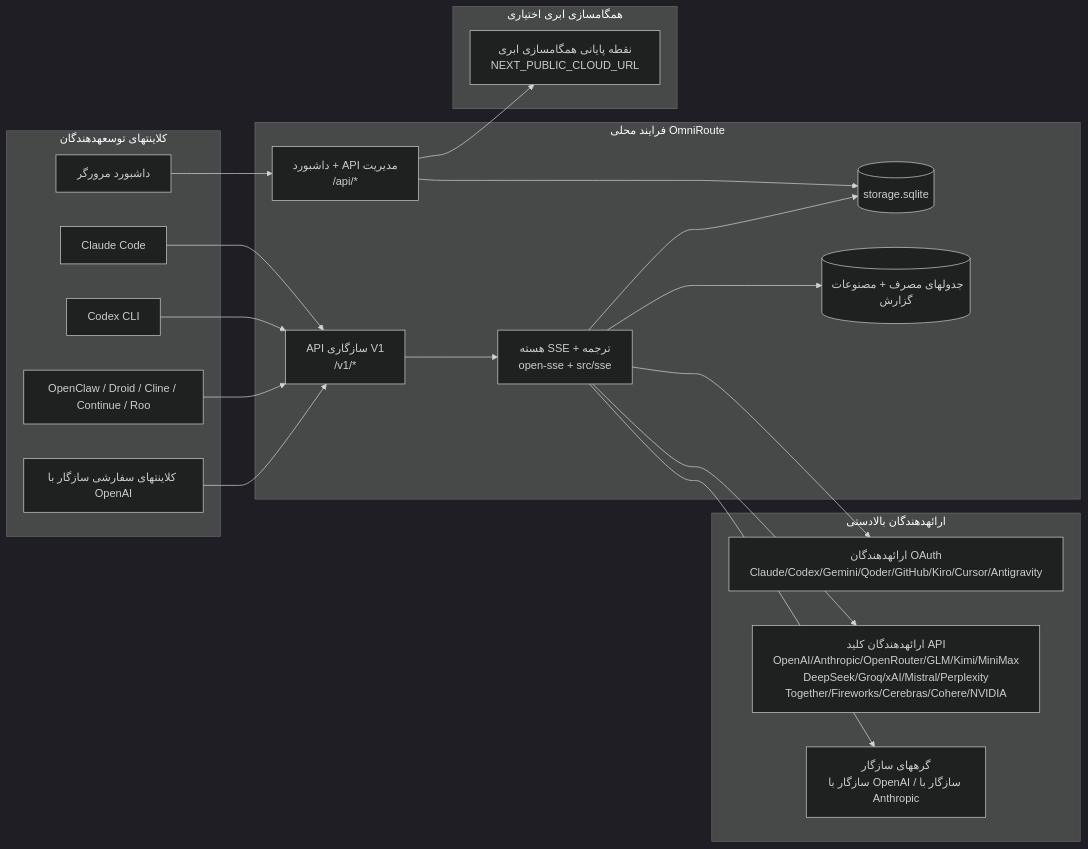
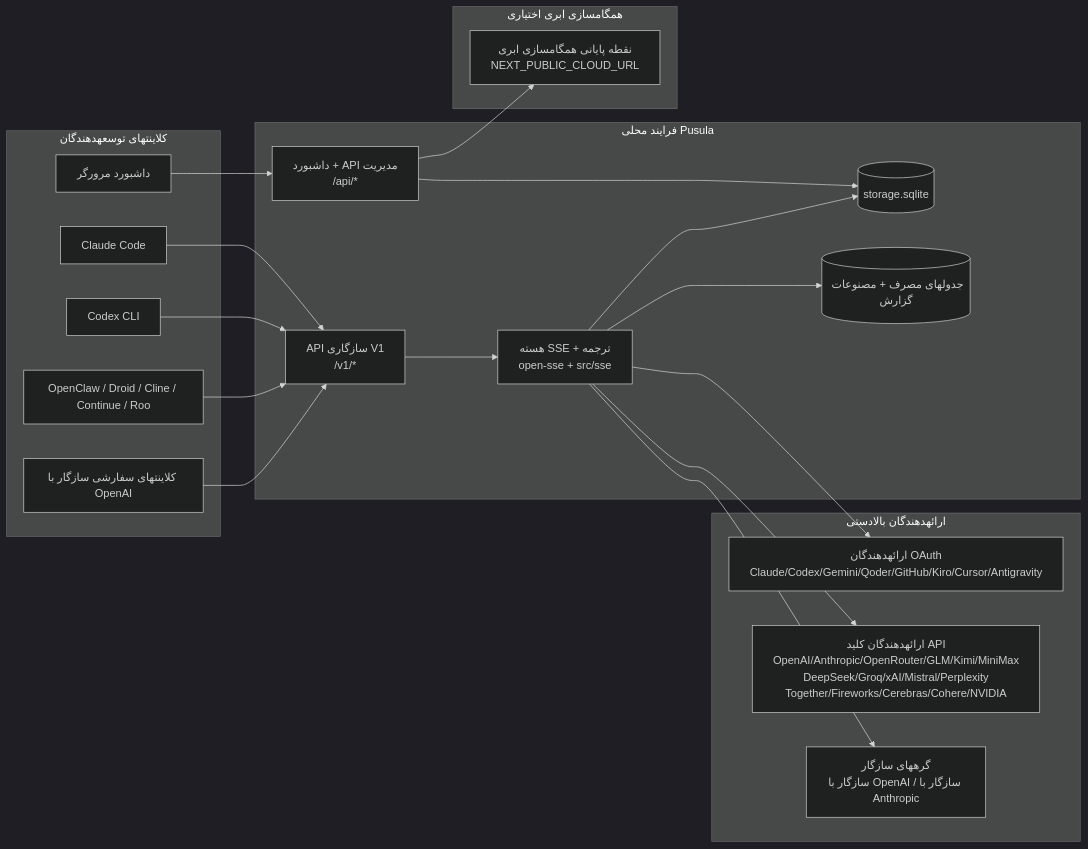
Before and after one commit to Ferhat-Yasinoglu/pusula: the first of 7 diagrams in docs/i18n/fa/docs/architecture/ARCHITECTURE.md, drawn with Mermaid (dark theme). The commit also changed other lines of this file and 5718 other files, not shown here.

First line of the commit message:
Rename OmniRoute to Pusula across paths and content

````diff
--- a/docs/i18n/fa/docs/architecture/ARCHITECTURE.md
+++ b/docs/i18n/fa/docs/architecture/ARCHITECTURE.md
@@ -157,45 +157,45 @@
 ```mermaid
 flowchart LR
     subgraph Clients[کلاینتهای توسعهدهندگان]
         C1[Claude Code]
         C2[Codex CLI]
         C3[OpenClaw / Droid / Cline / Continue / Roo]
         C4[کلاینتهای سفارشی سازگار با OpenAI]
         BROWSER[داشبورد مرورگر]
     end
 
-    subgraph Router[فرایند محلی OmniRoute]
+    subgraph Router[فرایند محلی Pusula]
         API[API سازگاری V1\n/v1/*]
         DASH[داشبورد + API مدیریت\n/api/*]
         CORE[هسته SSE + ترجمه\nopen-sse + src/sse]
         DB[(storage.sqlite)]
         UDB[(جدولهای مصرف + مصنوعات گزارش)]
     end
 
     subgraph Upstreams[ارائهدهندگان بالادستی]
         P1[ارائهدهندگان OAuth\nClaude/Codex/Gemini/Qoder/GitHub/Kiro/Cursor/Antigravity]
         P2[ارائهدهندگان کلید API\nOpenAI/Anthropic/OpenRouter/GLM/Kimi/MiniMax\nDeepSeek/Groq/xAI/Mistral/Perplexity\nTogether/Fireworks/Cerebras/Cohere/NVIDIA]
         P3[گرههای سازگار\nسازگار با OpenAI / سازگار با Anthropic]
     end
 
     subgraph Cloud[همگامسازی ابری اختیاری]
         CLOUD[نقطه پایانی همگامسازی ابری\nNEXT_PUBLIC_CLOUD_URL]
     end
 
     C1 --> API
     C2 --> API
     C3 --> API
     C4 --> API
     BROWSER --> DASH
 
     API --> CORE
     DASH --> DB
     CORE --> DB
     CORE --> UDB
 
     CORE --> P1
     CORE --> P2
     CORE --> P3
 
     DASH --> CLOUD
 ```
````
